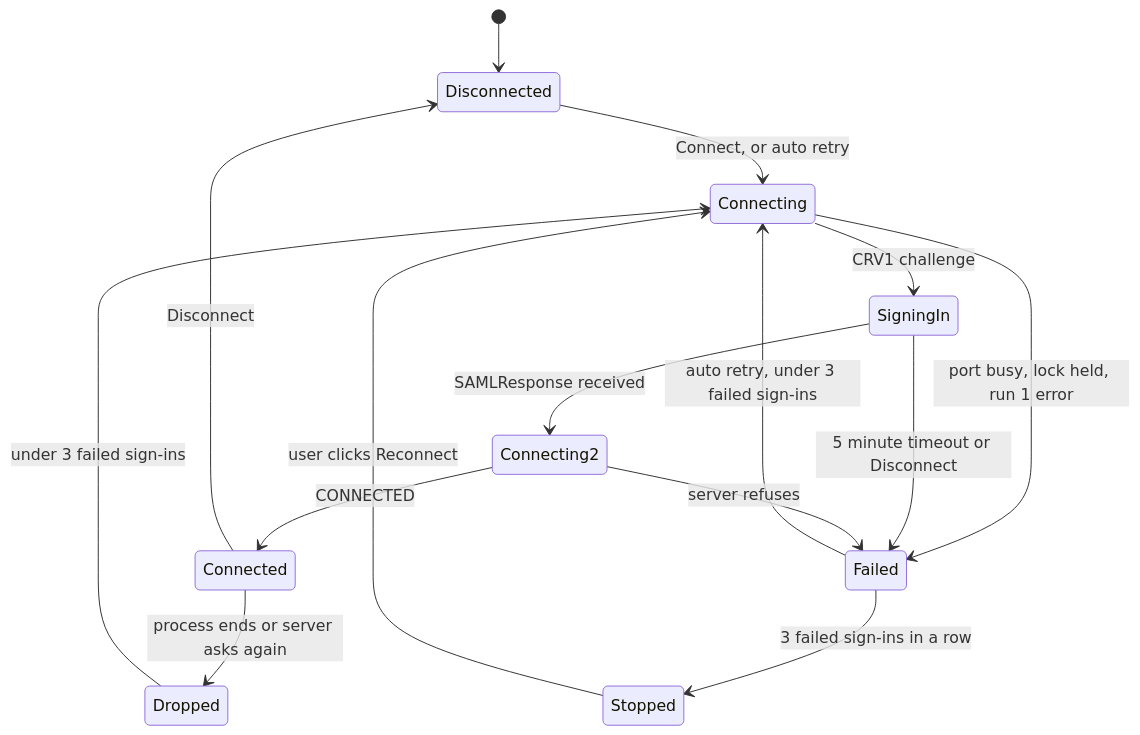
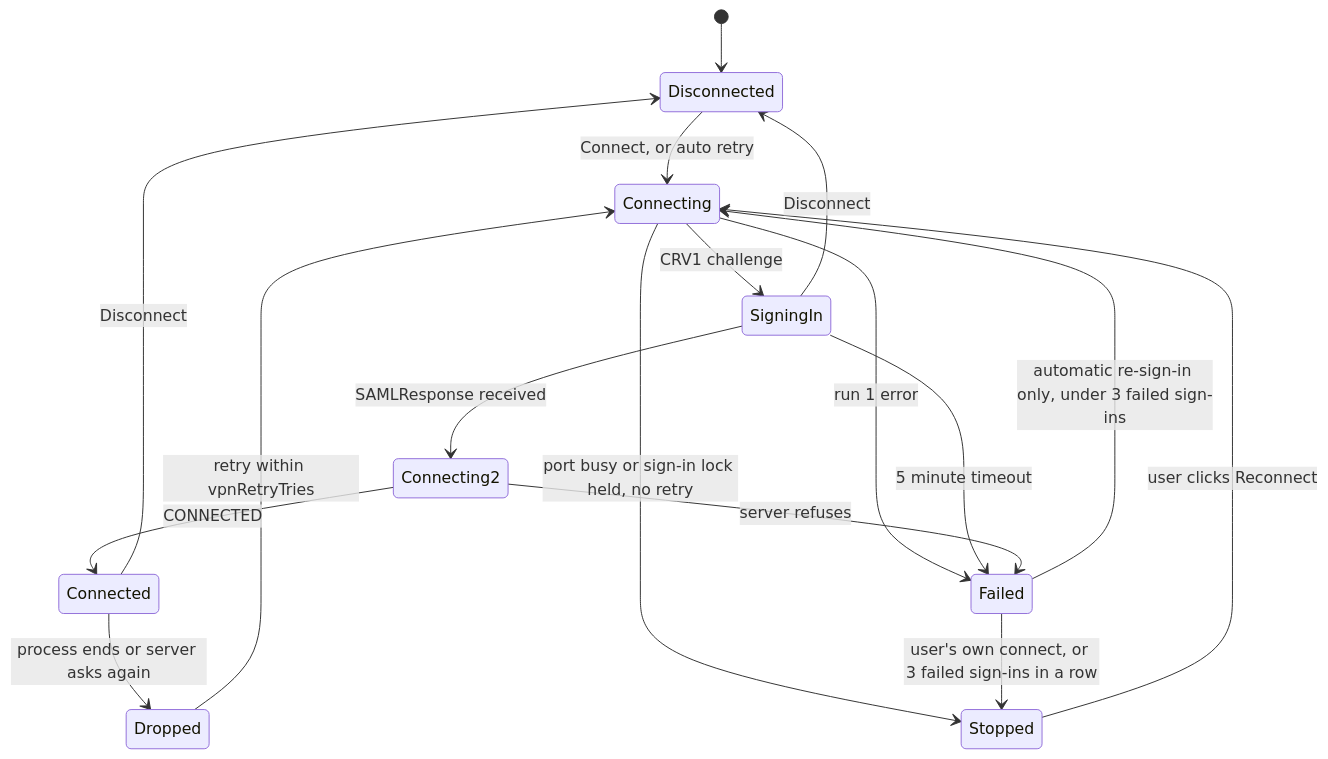
One commit to lsanthosh08/hostbay changed the second of 2 diagrams in docs/plans/2026-11-18-1223-feat-aws-client-vpn-sso-plan.md. Above: the diagram before and after it, drawn with Mermaid. The commit also changed other lines of this file, not shown here.

````diff
--- a/docs/plans/2026-11-18-1223-feat-aws-client-vpn-sso-plan.md
+++ b/docs/plans/2026-11-18-1223-feat-aws-client-vpn-sso-plan.md
@@ -191,17 +191,19 @@
 ```mermaid
 stateDiagram-v2
   [*] --> Disconnected
   Disconnected --> Connecting: Connect, or auto retry
   Connecting --> SigningIn: CRV1 challenge
-  Connecting --> Failed: port busy, lock held, run 1 error
+  Connecting --> Failed: run 1 error
+  Connecting --> Stopped: port busy or sign-in lock held, no retry
   SigningIn --> Connecting2: SAMLResponse received
-  SigningIn --> Failed: 5 minute timeout or Disconnect
+  SigningIn --> Failed: 5 minute timeout
+  SigningIn --> Disconnected: Disconnect
   Connecting2 --> Connected: CONNECTED
   Connecting2 --> Failed: server refuses
   Connected --> Dropped: process ends or server asks again
-  Dropped --> Connecting: under 3 failed sign-ins
-  Failed --> Connecting: auto retry, under 3 failed sign-ins
-  Failed --> Stopped: 3 failed sign-ins in a row
+  Dropped --> Connecting: retry within vpnRetryTries
+  Failed --> Connecting: automatic re-sign-in only, under 3 failed sign-ins
+  Failed --> Stopped: user's own connect, or 3 failed sign-ins in a row
   Stopped --> Connecting: user clicks Reconnect
   Connected --> Disconnected: Disconnect
 ```
````
